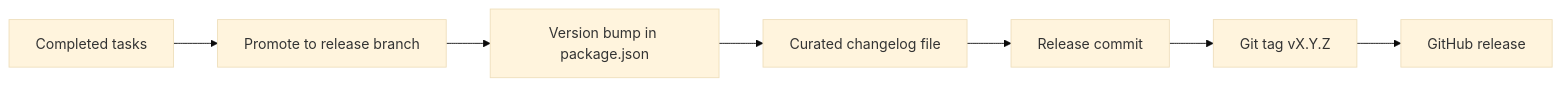
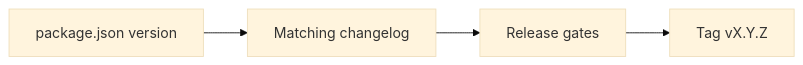
One commit to AlexAgo83/emberwake changed diagram 11 of 14 in README.md. Above: the diagram before and after it, drawn with Mermaid (base theme). The commit also changed other lines of this file and 23 other files, not shown here.

````diff
--- a/README.md
+++ b/README.md
@@ -218,9 +241,6 @@
 ```mermaid
 flowchart LR
-    Tasks[Completed tasks] --> ReleaseBranch[Promote to release branch]
-    ReleaseBranch --> Version[Version bump in package.json]
-    Version --> Changelog[Curated changelog file]
-    Changelog --> Commit[Release commit]
-    Commit --> Tag[Git tag vX.Y.Z]
-    Tag --> Release[GitHub release]
+    Package[package.json version] --> Changelog[Matching changelog]
+    Changelog --> Gates[Release gates]
+    Gates --> Tag[Tag vX.Y.Z]
 ```
````
